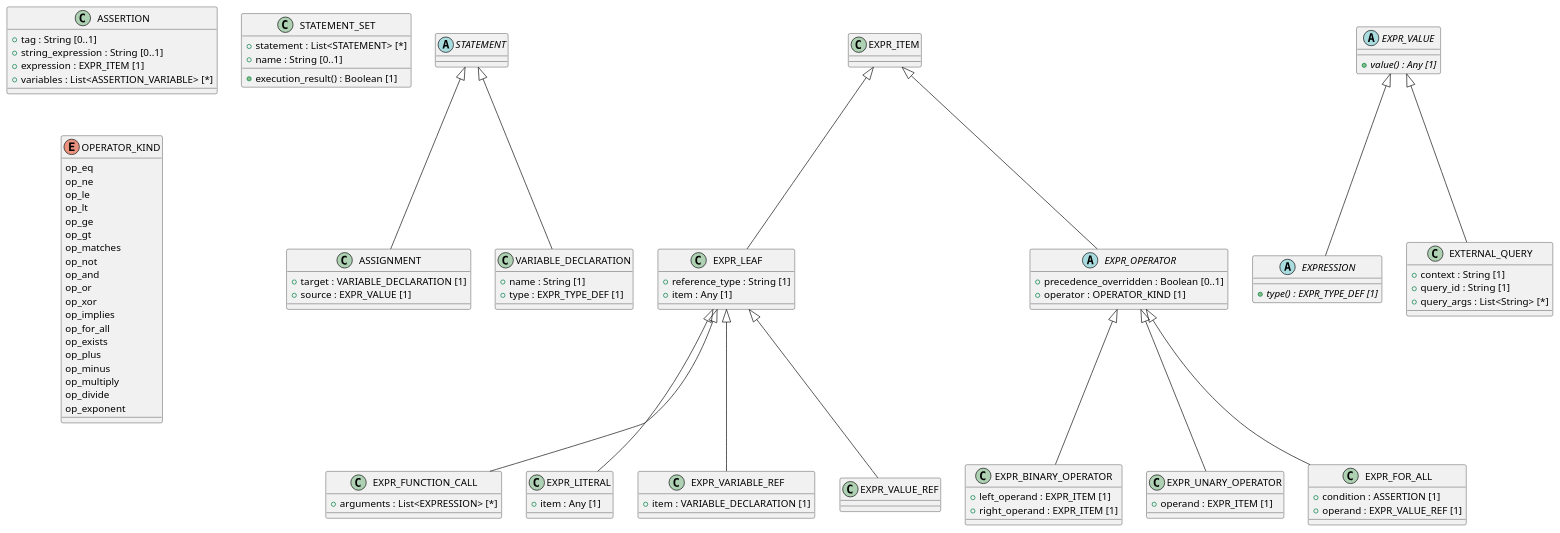
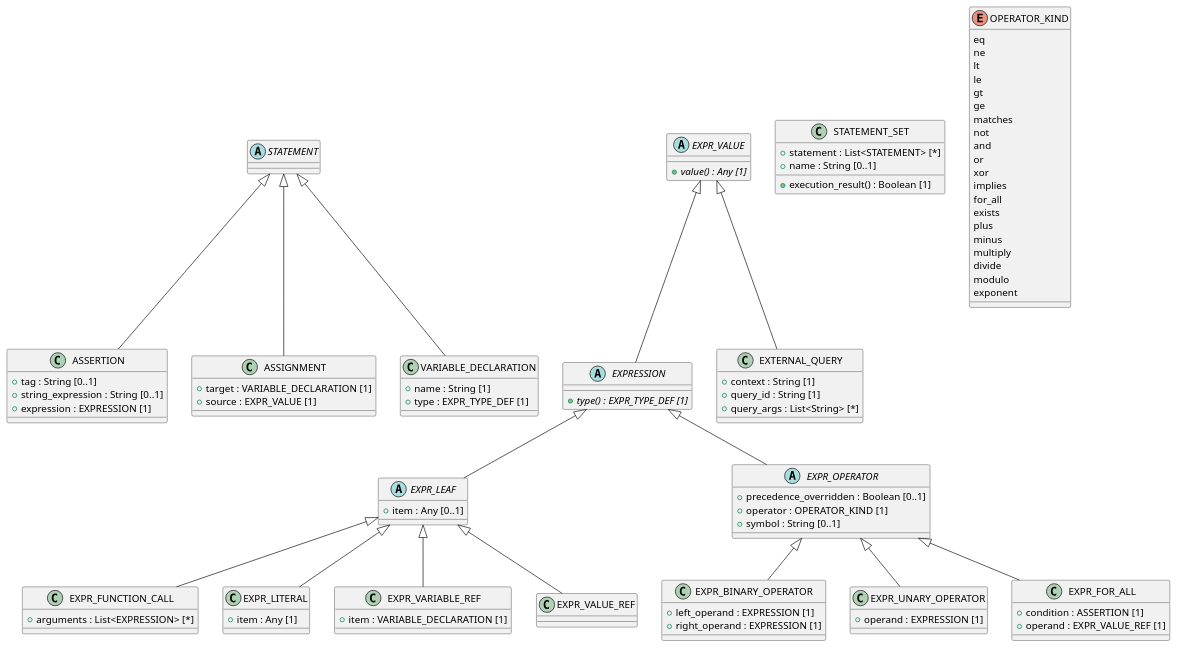
The diagram in code/Adoc/openehr_lang_1.1.0/plantUML/packages/org.openehr.lang.beom.core.adoc (sebastian-iancu/code-generator), drawn with PlantUML before and after one commit. The commit also changed 719 other files, not shown here.

```diff
--- a/code/Adoc/openehr_lang_1.1.0/plantUML/packages/org.openehr.lang.beom.core.adoc
+++ b/code/Adoc/openehr_lang_1.1.0/plantUML/packages/org.openehr.lang.beom.core.adoc
@@ -5,8 +5,7 @@
 class ASSERTION {
   + tag : String [0..1]
   + string_expression : String [0..1]
-  + expression : EXPR_ITEM [1]
-  + variables : List<ASSERTION_VARIABLE> [*]
+  + expression : EXPRESSION [1]
 }
 
 class ASSIGNMENT {
@@ -15,8 +14,8 @@
 }
 
 class EXPR_BINARY_OPERATOR {
-  + left_operand : EXPR_ITEM [1]
-  + right_operand : EXPR_ITEM [1]
+  + left_operand : EXPRESSION [1]
+  + right_operand : EXPRESSION [1]
 }
 
 class EXPR_FUNCTION_CALL {
@@ -27,9 +26,8 @@
   + {abstract} type() : EXPR_TYPE_DEF [1]
 }
 
-class EXPR_LEAF {
-  + reference_type : String [1]
-  + item : Any [1]
+abstract class EXPR_LEAF {
+  + item : Any [0..1]
 }
 
 class EXPR_LITERAL {
@@ -39,10 +37,11 @@
 abstract class EXPR_OPERATOR {
   + precedence_overridden : Boolean [0..1]
   + operator : OPERATOR_KIND [1]
+  + symbol : String [0..1]
 }
 
 class EXPR_UNARY_OPERATOR {
-  + operand : EXPR_ITEM [1]
+  + operand : EXPRESSION [1]
 }
 
 class EXPR_VARIABLE_REF {
@@ -82,34 +81,36 @@
 }
 
 enum OPERATOR_KIND {
-  op_eq 
-  op_ne 
-  op_le 
-  op_lt 
-  op_ge 
-  op_gt 
-  op_matches 
-  op_not 
-  op_and 
-  op_or 
-  op_xor 
-  op_implies 
-  op_for_all 
-  op_exists 
-  op_plus 
-  op_minus 
-  op_multiply 
-  op_divide 
-  op_exponent 
+  eq 
+  ne 
+  lt 
+  le 
+  gt 
+  ge 
+  matches 
+  not 
+  and 
+  or 
+  xor 
+  implies 
+  for_all 
+  exists 
+  plus 
+  minus 
+  multiply 
+  divide 
+  modulo 
+  exponent 
 }
 
+STATEMENT <|-- ASSERTION
 STATEMENT <|-- ASSIGNMENT
 EXPR_OPERATOR <|-- EXPR_BINARY_OPERATOR
 EXPR_LEAF <|-- EXPR_FUNCTION_CALL
 EXPR_VALUE <|-- EXPRESSION
-EXPR_ITEM <|-- EXPR_LEAF
+EXPRESSION <|-- EXPR_LEAF
 EXPR_LEAF <|-- EXPR_LITERAL
-EXPR_ITEM <|-- EXPR_OPERATOR
+EXPRESSION <|-- EXPR_OPERATOR
 EXPR_OPERATOR <|-- EXPR_UNARY_OPERATOR
 EXPR_LEAF <|-- EXPR_VARIABLE_REF
 EXPR_VALUE <|-- EXTERNAL_QUERY
```
